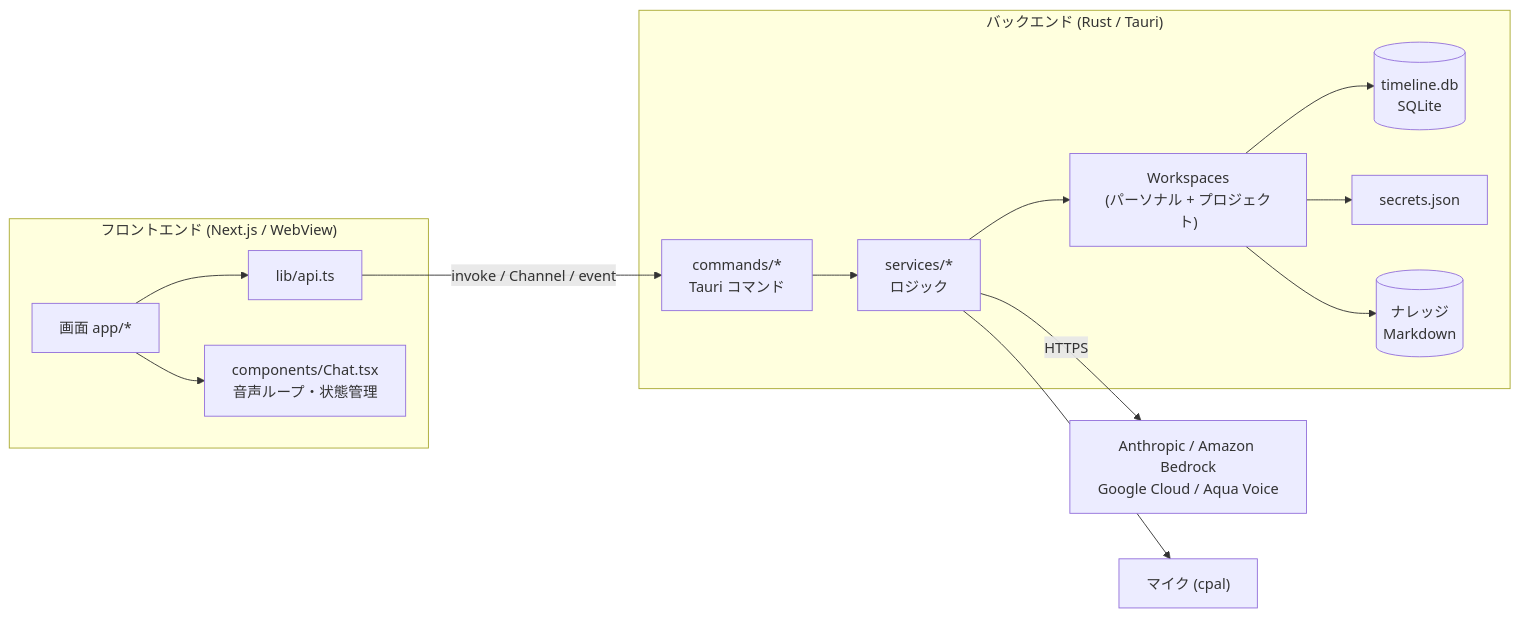
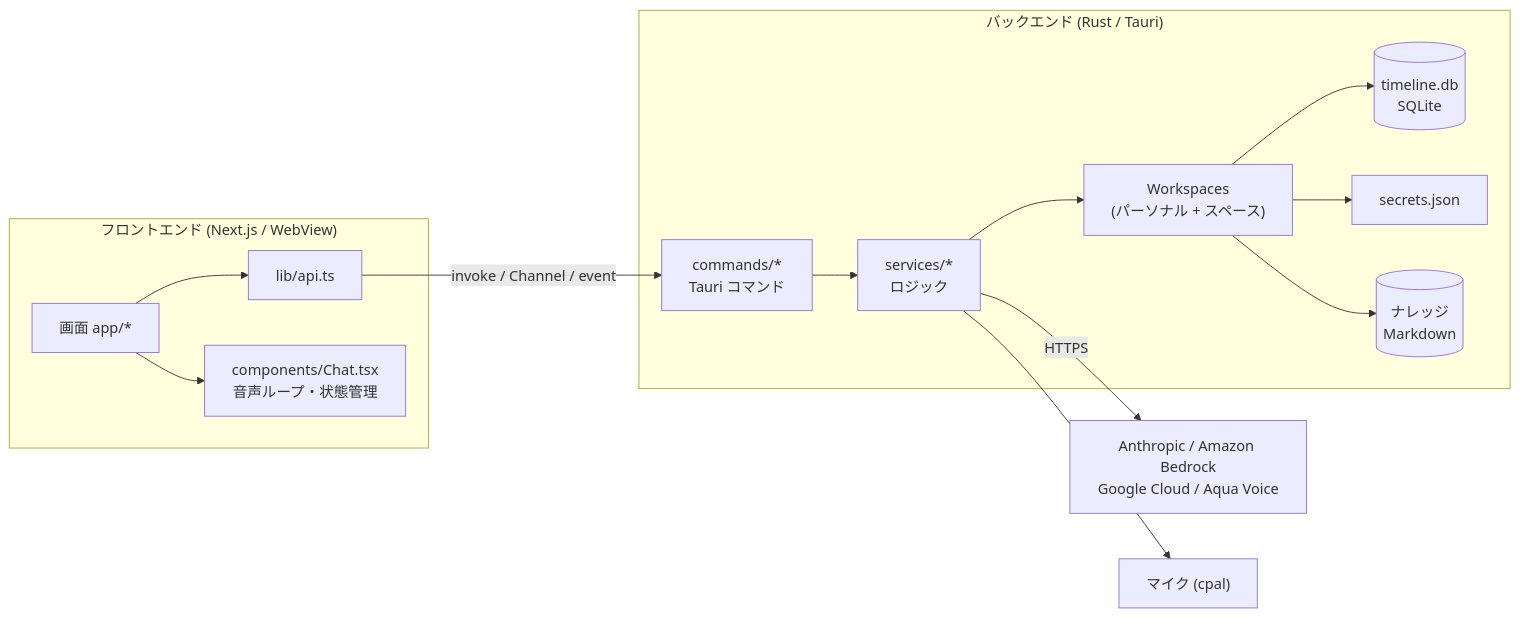
The first of 2 diagrams in docs/architecture.md (long-in/MyAssistant), drawn with Mermaid before and after one commit. The commit also changed other lines of this file and 15 other files, not shown here.

First line of the commit message:
refactor: 「プロジェクト」の呼称を「スペース」に変更する

````diff
--- a/docs/architecture.md
+++ b/docs/architecture.md
@@ -7,17 +7,17 @@
 ```mermaid
 flowchart LR
   subgraph FE["フロントエンド (Next.js / WebView)"]
     UI["画面 app/*"] --> API["lib/api.ts"]
     UI --> Chat["components/Chat.tsx<br/>音声ループ・状態管理"]
   end
   subgraph BE["バックエンド (Rust / Tauri)"]
     CMD["commands/*<br/>Tauri コマンド"] --> SVC["services/*<br/>ロジック"]
-    SVC --> WS["Workspaces<br/>(パーソナル + プロジェクト)"]
+    SVC --> WS["Workspaces<br/>(パーソナル + スペース)"]
     WS --> DB[("timeline.db<br/>SQLite")]
     WS --> SEC["secrets.json"]
     WS --> KN[("ナレッジ<br/>Markdown")]
   end
   API -- invoke / Channel / event --> CMD
   SVC -- HTTPS --> EXT["Anthropic / Amazon Bedrock<br/>Google Cloud / Aqua Voice"]
   SVC --> MIC["マイク (cpal)"]
 ```
````
